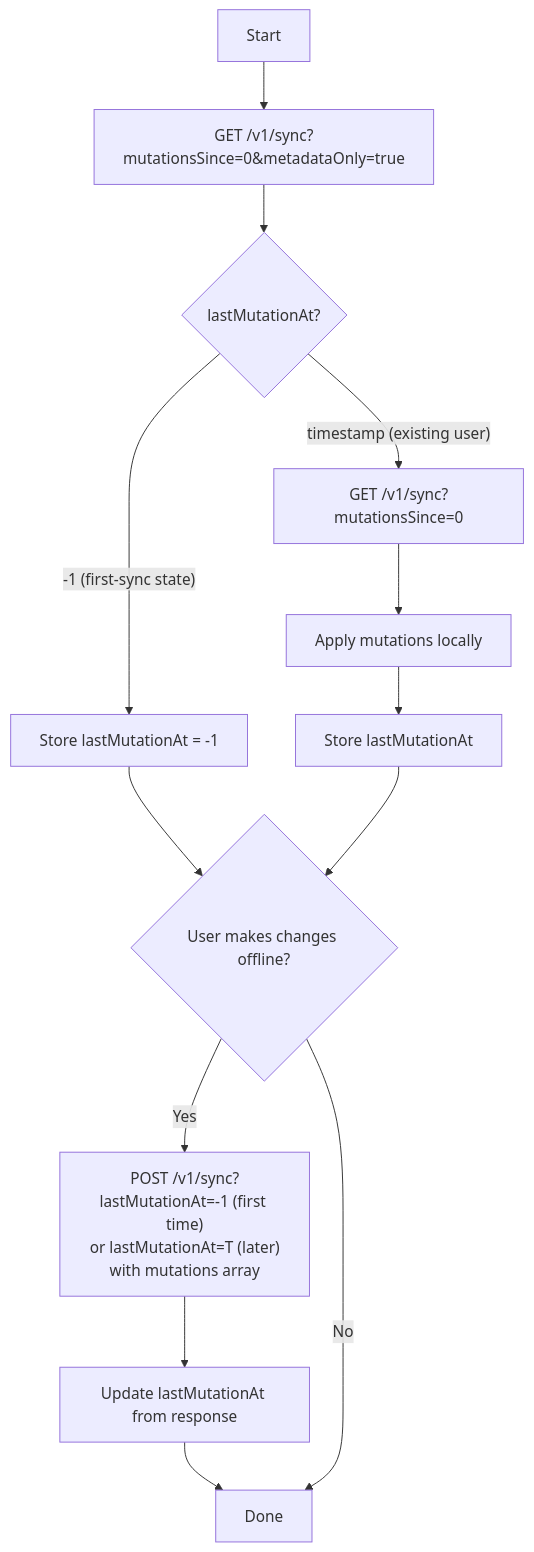
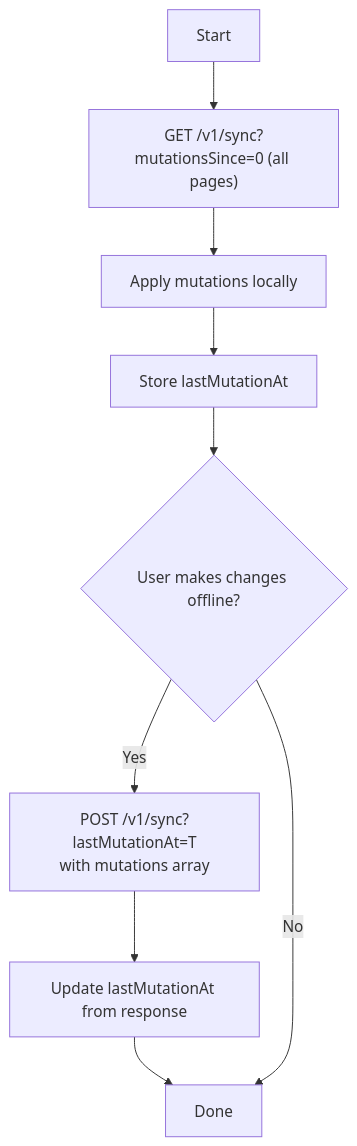
One commit to quran/qf-api-docs changed the second of 2 diagrams in docs/tutorials/sync/getting-started.mdx. Above: the diagram before and after it, drawn with Mermaid. The commit also changed other lines of this file and 18 other files, not shown here.

````diff
--- a/docs/tutorials/sync/getting-started.mdx
+++ b/docs/tutorials/sync/getting-started.mdx
@@ -109,15 +113,11 @@
 ```mermaid
 flowchart TD
-    A[Start] --> B["GET /v1/sync?mutationsSince=0&metadataOnly=true"]
-    B --> C{lastMutationAt?}
-    C -->|"-1 (first-sync state)"| D["Store lastMutationAt = -1"]
-    C -->|"timestamp (existing user)"| E["GET /v1/sync?mutationsSince=0"]
-    E --> F["Apply mutations locally"]
-    F --> G["Store lastMutationAt"]
+    A[Start] --> B["GET /v1/sync?mutationsSince=0 (all pages)"]
+    B --> C["Apply mutations locally"]
+    C --> D["Store lastMutationAt"]
     D --> H{User makes changes offline?}
-    G --> H
-    H -->|Yes| I["POST /v1/sync?lastMutationAt=-1 (first time)<br/>or lastMutationAt=T (later)<br/>with mutations array"]
+    H -->|Yes| I["POST /v1/sync?lastMutationAt=T<br/>with mutations array"]
     I --> J["Update lastMutationAt from response"]
     J --> K[Done]
     H -->|No| K
 ```
````
